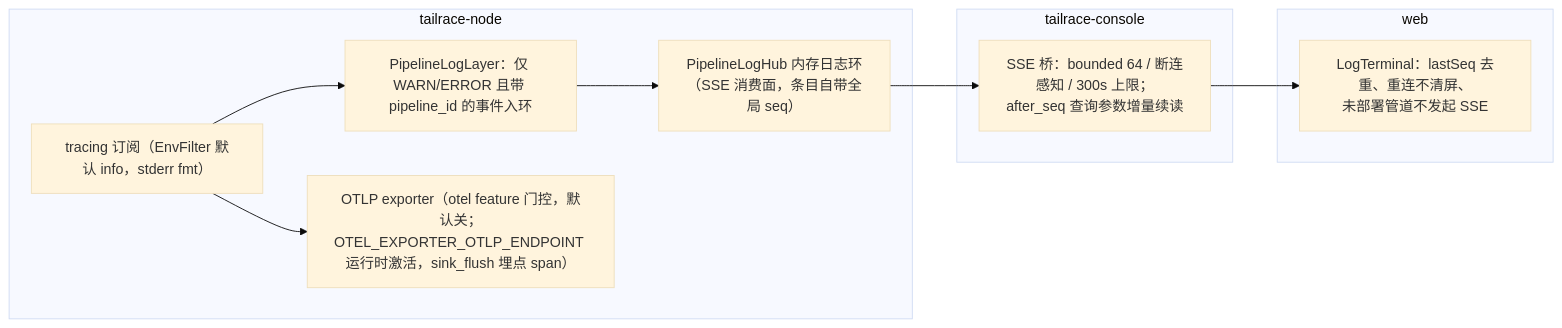
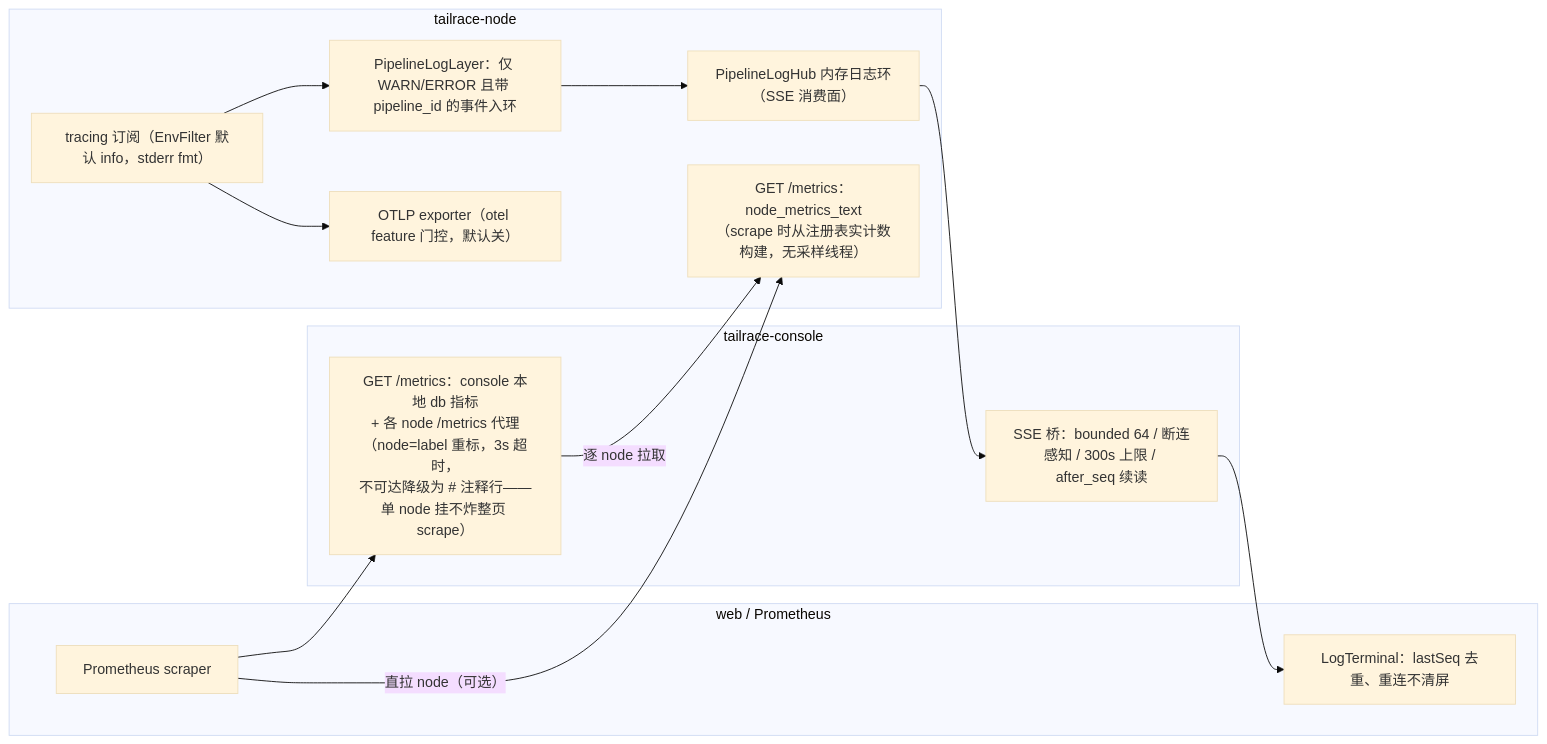
The fifth of 7 diagrams in docs/design/architecture.zh.md (SeekerGalahad/tailrace), drawn with Mermaid (base theme) before and after one commit. The commit also changed other lines of this file, not shown here.

Commit message:
docs: architecture zh - post-R8 canonical refresh (12 capabilities, anchored)

````diff
--- a/docs/design/architecture.zh.md
+++ b/docs/design/architecture.zh.md
@@ -399,18 +494,24 @@
 ```mermaid
 flowchart LR
   subgraph NODE["tailrace-node"]
     TR["tracing 订阅（EnvFilter 默认 info，stderr fmt）"]
     PLL["PipelineLogLayer：仅 WARN/ERROR 且带 pipeline_id 的事件入环"]
-    HUB["PipelineLogHub 内存日志环（SSE 消费面，条目自带全局 seq）"]
-    OTLP["OTLP exporter（otel feature 门控，默认关；<br/>OTEL_EXPORTER_OTLP_ENDPOINT 运行时激活，sink_flush 埋点 span）"]
+    HUB["PipelineLogHub 内存日志环（SSE 消费面）"]
+    NMT["GET /metrics：node_metrics_text<br/>（scrape 时从注册表实计数构建，无采样线程）"]
+    OTLP["OTLP exporter（otel feature 门控，默认关）"]
   end
   subgraph CONSOLE["tailrace-console"]
-    BR["SSE 桥：bounded 64 / 断连感知 / 300s 上限；<br/>after_seq 查询参数增量续读"]
+    BR["SSE 桥：bounded 64 / 断连感知 / 300s 上限 / after_seq 续读"]
+    CMT["GET /metrics：console 本地 db 指标<br/>+ 各 node /metrics 代理（node=label 重标，3s 超时，<br/>不可达降级为 # 注释行——单 node 挂不炸整页 scrape）"]
   end
-  subgraph WEBT["web"]
-    LT["LogTerminal：lastSeq 去重、重连不清屏、<br/>未部署管道不发起 SSE"]
+  subgraph WEBT["web / Prometheus"]
+    LT["LogTerminal：lastSeq 去重、重连不清屏"]
+    PROM["Prometheus scraper"]
   end
   TR --> PLL --> HUB
   TR --> OTLP
   HUB --> BR --> LT
+  PROM --> CMT
+  CMT -->|"逐 node 拉取"| NMT
+  PROM -->|"直拉 node（可选）"| NMT
 ```
````
